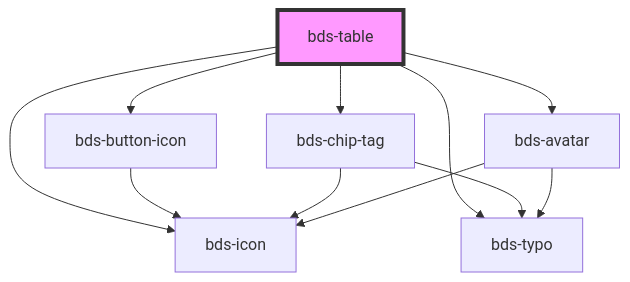
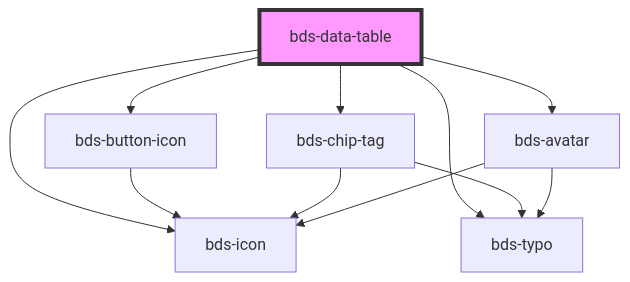
The diagram in src/components/table/readme.md (takenet/blip-ds), drawn with Mermaid before and after one commit. The commit also changed 28 other files, not shown here.

Commit message:
feat(table): added new table data and custom table

````diff
--- a/src/components/table/readme.md
+++ b/src/components/table/readme.md
@@ -53,14 +53,14 @@
 ```mermaid
 graph TD;
-  bds-table --> bds-icon
-  bds-table --> bds-typo
-  bds-table --> bds-button-icon
-  bds-table --> bds-chip-tag
-  bds-table --> bds-avatar
+  bds-data-table --> bds-icon
+  bds-data-table --> bds-typo
+  bds-data-table --> bds-button-icon
+  bds-data-table --> bds-chip-tag
+  bds-data-table --> bds-avatar
   bds-button-icon --> bds-icon
   bds-chip-tag --> bds-icon
   bds-chip-tag --> bds-typo
   bds-avatar --> bds-typo
   bds-avatar --> bds-icon
-  style bds-table fill:#f9f,stroke:#333,stroke-width:4px
+  style bds-data-table fill:#f9f,stroke:#333,stroke-width:4px
 ```
````
